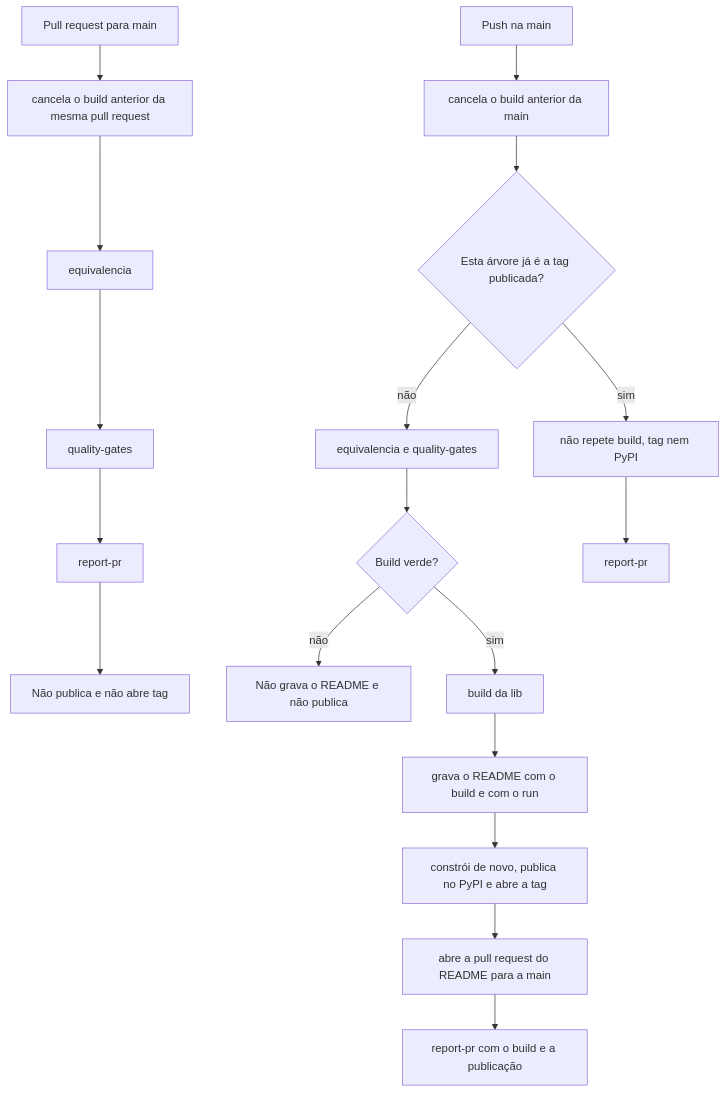
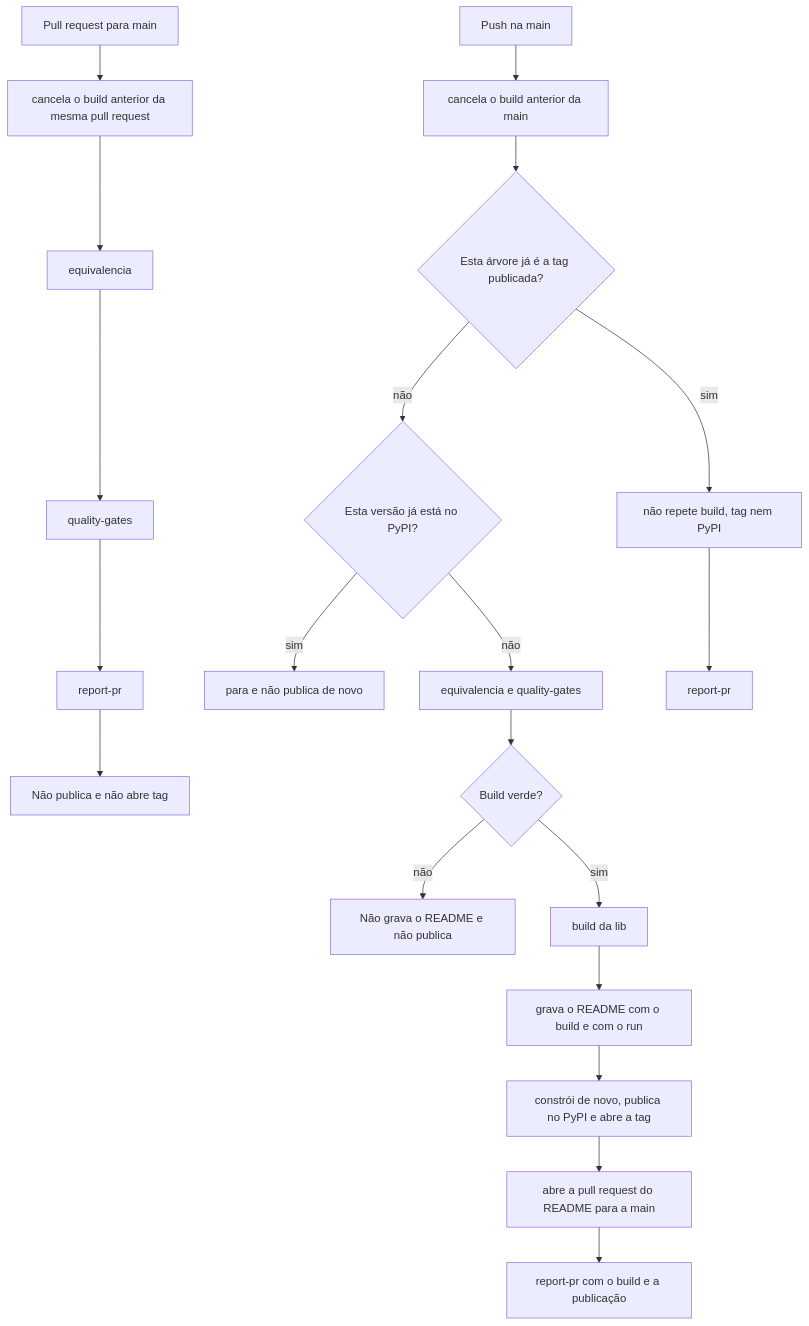
Before and after one commit to garusocruz/calculadora-rtc-simples-nacional: the first of 3 diagrams in docs/publicacao-flow.md, drawn with Mermaid. The commit also changed other lines of this file and 12 other files, not shown here.

First line of the commit message:
fix: a main publica 0.4.2 e não repete a 0.4.1 (#10)

````diff
--- a/docs/publicacao-flow.md
+++ b/docs/publicacao-flow.md
@@ -9,20 +9,22 @@
 ```mermaid
 flowchart TD
   pr[Pull request para main] --> cancelaPr[cancela o build anterior da mesma pull request]
   cancelaPr --> equiv[equivalencia]
   equiv --> qg[quality-gates]
   qg --> comentarioPr[report-pr]
   comentarioPr --> fimPr[Não publica e não abre tag]
   merge[Push na main] --> cancelaMain[cancela o build anterior da main]
   cancelaMain --> tipo{Esta árvore já é a tag publicada?}
-  tipo -->|não| suite[equivalencia e quality-gates]
+  tipo -->|não| jaPy{Esta versão já está no PyPI?}
+  jaPy -->|sim| recusa[para e não publica de novo]
+  jaPy -->|não| suite[equivalencia e quality-gates]
   suite --> verde{Build verde?}
   verde -->|não| paraSuite[Não grava o README e não publica]
   verde -->|sim| build[build da lib]
   build --> readme[grava o README com o build e com o run]
   readme --> publica[constrói de novo, publica no PyPI e abre a tag]
   publica --> prReadme[abre a pull request do README para a main]
   prReadme --> comentario[report-pr com o build e a publicação]
   tipo -->|sim| nada[não repete build, tag nem PyPI]
   nada --> comentarioMerge[report-pr]
 ```
````
